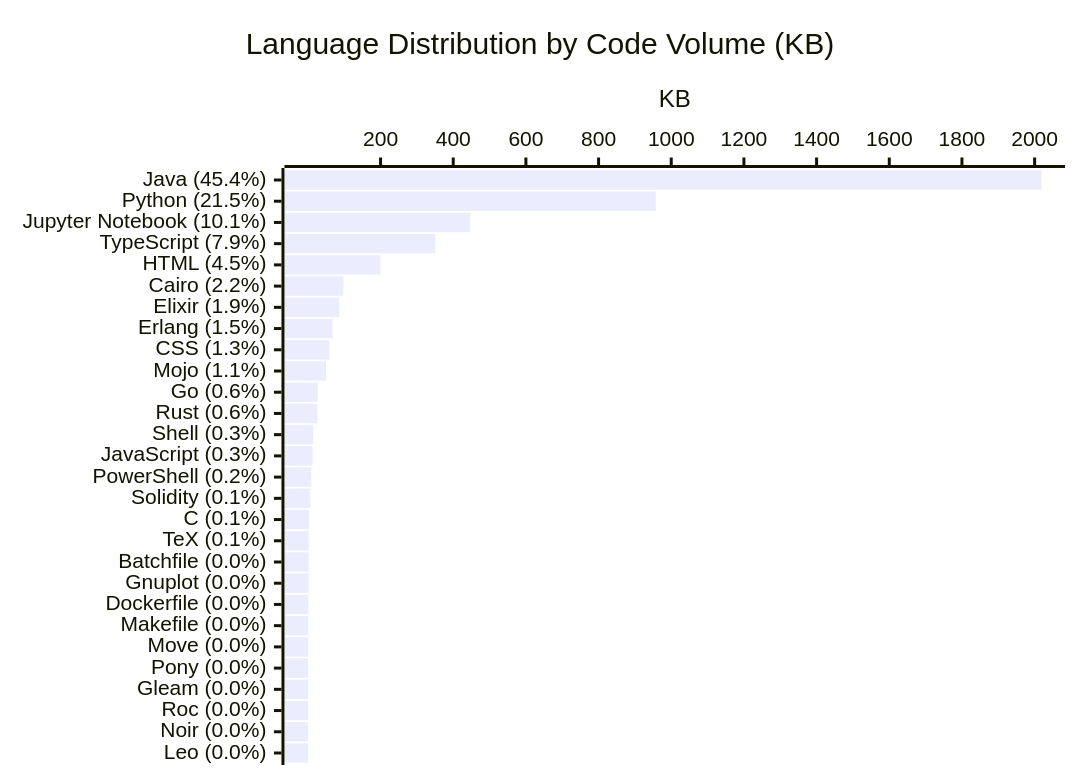
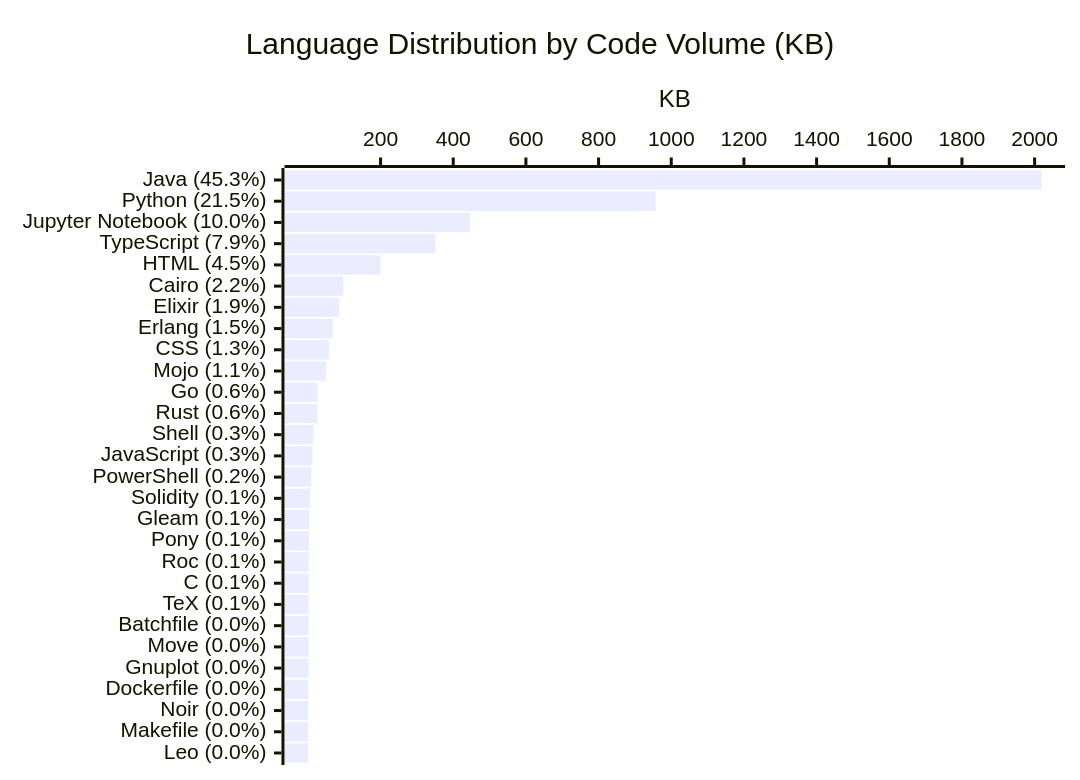
The diagram in profile/README.md (KathiraveluLab/.github), drawn with Mermaid before and after one commit. The commit also changed other lines of this file and 1 other file, not shown here.

````diff
--- a/profile/README.md
+++ b/profile/README.md
@@ -64,7 +64,7 @@
 ```mermaid
 xychart-beta horizontal
     title "Language Distribution by Code Volume (KB)"
-    x-axis ["Java (45.4%)", "Python (21.5%)", "Jupyter Notebook (10.1%)", "TypeScript (7.9%)", "HTML (4.5%)", "Cairo (2.2%)", "Elixir (1.9%)", "Erlang (1.5%)", "CSS (1.3%)", "Mojo (1.1%)", "Go (0.6%)", "Rust (0.6%)", "Shell (0.3%)", "JavaScript (0.3%)", "PowerShell (0.2%)", "Solidity (0.1%)", "C (0.1%)", "TeX (0.1%)", "Batchfile (0.0%)", "Gnuplot (0.0%)", "Dockerfile (0.0%)", "Makefile (0.0%)", "Move (0.0%)", "Pony (0.0%)", "Gleam (0.0%)", "Roc (0.0%)", "Noir (0.0%)", "Leo (0.0%)"]
+    x-axis ["Java (45.3%)", "Python (21.5%)", "Jupyter Notebook (10.0%)", "TypeScript (7.9%)", "HTML (4.5%)", "Cairo (2.2%)", "Elixir (1.9%)", "Erlang (1.5%)", "CSS (1.3%)", "Mojo (1.1%)", "Go (0.6%)", "Rust (0.6%)", "Shell (0.3%)", "JavaScript (0.3%)", "PowerShell (0.2%)", "Solidity (0.1%)", "Gleam (0.1%)", "Pony (0.1%)", "Roc (0.1%)", "C (0.1%)", "TeX (0.1%)", "Batchfile (0.0%)", "Move (0.0%)", "Gnuplot (0.0%)", "Dockerfile (0.0%)", "Noir (0.0%)", "Makefile (0.0%)", "Leo (0.0%)"]
     y-axis "KB"
-    bar [2018.87, 957.37, 446.9, 351.02, 199.85, 97.83, 86.29, 68.52, 58.73, 49.94, 27.33, 26.08, 14.47, 12.8, 9.6, 6.65, 2.58, 2.29, 2.09, 1.82, 1.17, 0.99, 0.95, 0.78, 0.68, 0.52, 0.39, 0.26]
+    bar [2018.87, 957.37, 446.9, 351.02, 199.85, 97.83, 86.29, 68.52, 58.73, 49.94, 27.33, 26.08, 15.54, 12.8, 9.6, 6.65, 3.97, 3.39, 2.85, 2.58, 2.29, 2.09, 1.9, 1.82, 1.17, 1.03, 0.99, 0.26]
 ```
````
